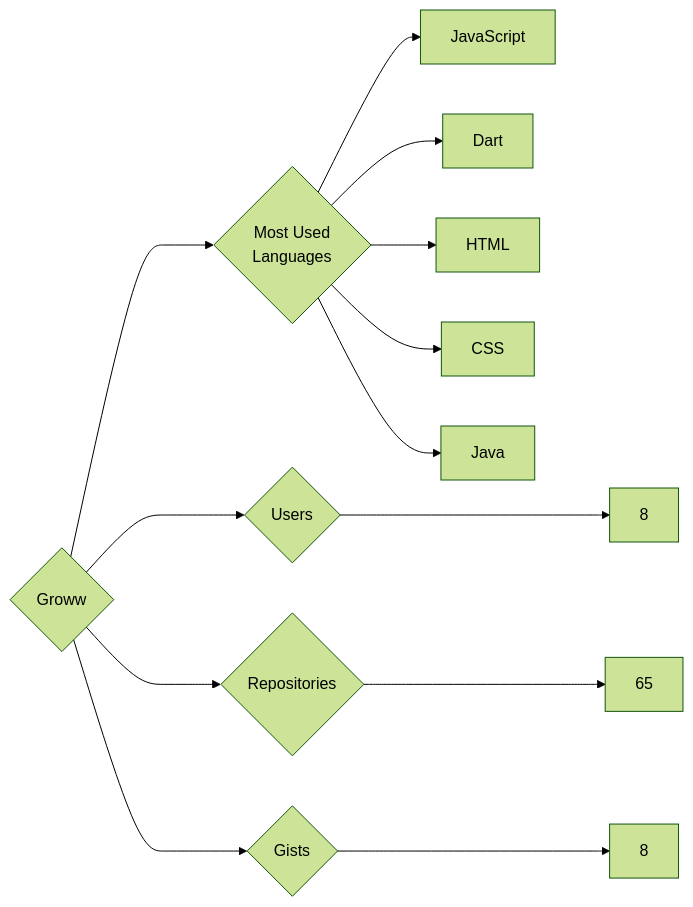
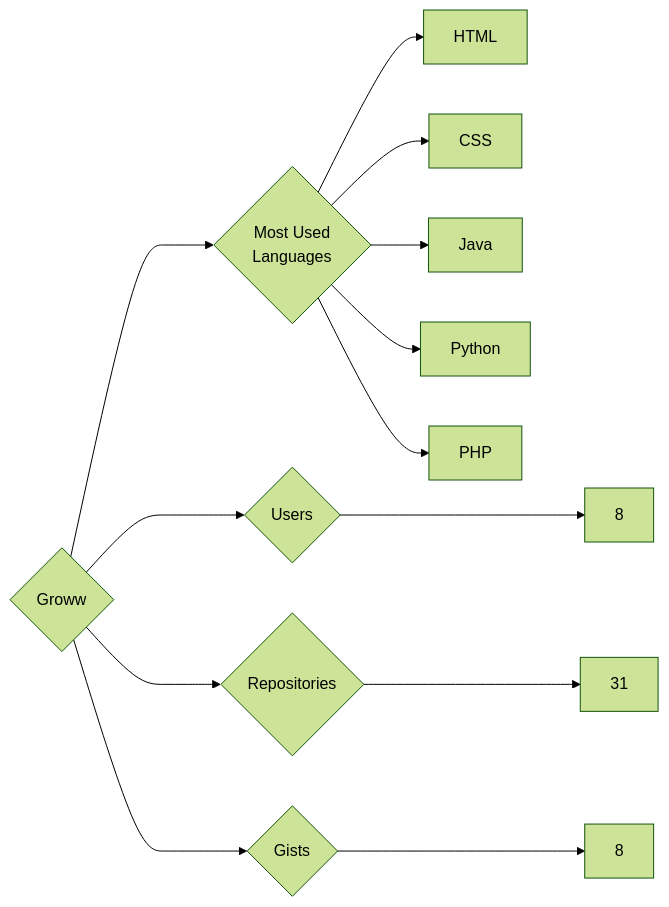
Before and after one commit to trickest/insiders: the diagram in targets/Groww/README.md, drawn with Mermaid (forest theme). The commit also changed 865 other files, not shown here.

````diff
--- a/targets/Groww/README.md
+++ b/targets/Groww/README.md
@@ -3,13 +3,13 @@
 ```mermaid
 graph LR
 COMPANY_NAME{Groww}
 COMPANY_NAME ---> U{Users} ---> UN[8]
-COMPANY_NAME ---> R{Repositories} ---> RN[65]
+COMPANY_NAME ---> R{Repositories} ---> RN[31]
 COMPANY_NAME ---> G{Gists} ---> GN[8]
 COMPANY_NAME ---> ML{Most Used<br>Languages}
-ML --> JavaScript[JavaScript]
-ML --> Dart[Dart]
 ML --> HTML[HTML]
 ML --> CSS[CSS]
 ML --> Java[Java]
+ML --> Python[Python]
+ML --> PHP[PHP]
 ```
````
